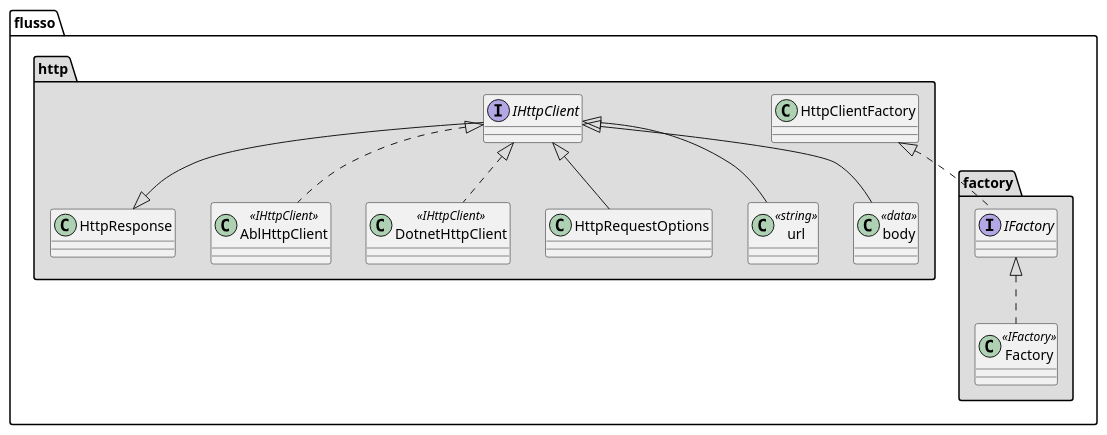
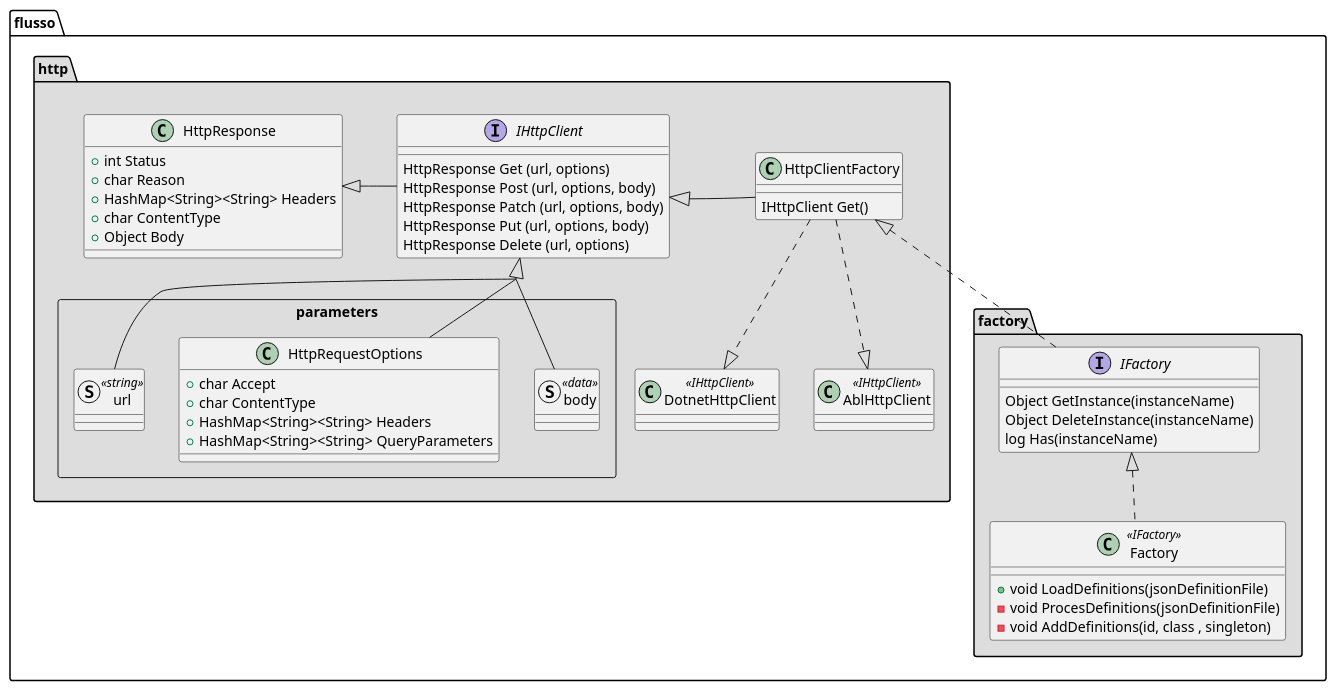
One commit to FlussoBV/HttpClientForOpenEdge changed the diagram in doc/ClassDiagram.puml. Above: the diagram before and after it, drawn with PlantUML. The commit also changed 1 other file, not shown here.

Commit message:
class diagram

```diff
--- a/doc/ClassDiagram.puml
+++ b/doc/ClassDiagram.puml
@@ -1,27 +1,67 @@
 @startuml
 
 package "flusso.http" #DDDDDD {
-class           HttpResponse
-interface       IHttpClient
+class           HttpResponse {
+  + int Status 
+  + char Reason
+  + HashMap<String><String> Headers
+  + char ContentType
+  + Object Body
+}
+
+IHttpClient -left-|> HttpResponse
+
+interface       IHttpClient {
+  HttpResponse Get (url, options)
+  HttpResponse Post (url, options, body)
+  HttpResponse Patch (url, options, body)
+  HttpResponse Put (url, options, body)
+  HttpResponse Delete (url, options)
+}
+
+package parameters <<Rectangle>> {
+  skinparam groupInheritance 3
+  struct          body  <<data>>
+  class           HttpRequestOptions {
+    + char Accept
+    + char ContentType
+    + HashMap<String><String> Headers
+    + HashMap<String><String> QueryParameters
+    
+  }
+  struct          url  <<string>>
+}
+
+IHttpClient <|-- url
+IHttpClient <|-- HttpRequestOptions
+IHttpClient <|-- body
+IHttpClient <|.right. HttpClientFactory
+
+
+class           HttpClientFactory {
+  IHttpClient Get()
+}
 class           AblHttpClient  <<IHttpClient>>
 class           DotnetHttpClient  <<IHttpClient>>
-class           HttpRequestOptions
-class           url  <<string>>
-class           body  <<data>>
-class           HttpClientFactory
 
-IHttpClient <|.. AblHttpClient
-IHttpClient <|.. DotnetHttpClient
-IHttpClient <|-- url
-IHttpClient <|-- body
-IHttpClient <|-- HttpRequestOptions
-IHttpClient --|> HttpResponse
+HttpClientFactory ..|> AblHttpClient
+HttpClientFactory ..|> DotnetHttpClient
+
 }
 
 package "flusso.factory" #DDDDDD {
-interface       IFactory
-class           Factory  <<IFactory>>
+interface       IFactory {
+  Object GetInstance(instanceName)
+  Object DeleteInstance(instanceName)
+  log Has(instanceName)
+}
+class           Factory  <<IFactory>> {
+  +void LoadDefinitions(jsonDefinitionFile)
+  -void ProcesDefinitions(jsonDefinitionFile)
+  -void AddDefinitions(id, class , singleton)
+}
 IFactory            <|.. Factory
-HttpClientFactory   <|.. IFactory
+HttpClientFactory   <|.. IFactory 
 }
+
 @enduml
```
